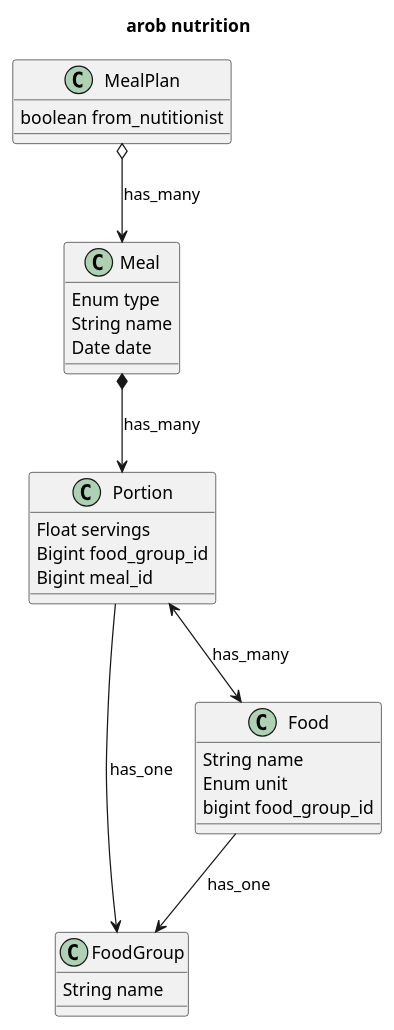
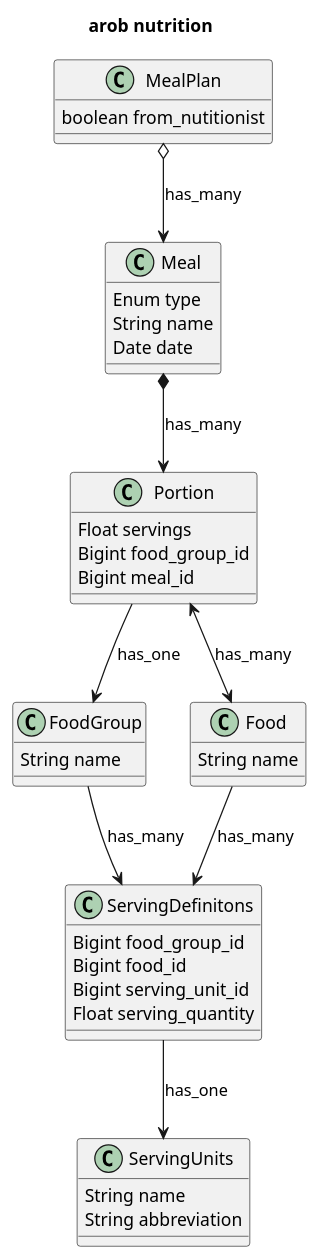
Before and after one commit to AnthonyRobertson17/arob: the diagram in docs/nutrition_models.PLANTUML, drawn with PlantUML.

Commit message:
updating nutrition plantuml diagram

```diff
--- a/docs/nutrition_models.PLANTUML
+++ b/docs/nutrition_models.PLANTUML
@@ -1,39 +1,52 @@
 @startuml arob nutrition
 
 title arob nutrition
 
 
 class MealPlan {
   boolean from_nutitionist
 }
 
 class Meal {
   Enum type
   String name
   Date date
 }
 
 class FoodGroup {
   String name
 }
 
 class Food {
   String name
-  Enum unit
-  bigint food_group_id
 }
 
 class Portion {
   Float servings
   Bigint food_group_id
   Bigint meal_id
 }
 
+class ServingDefinitons {
+  Bigint food_group_id
+  Bigint food_id
+  Bigint serving_unit_id
+  Float serving_quantity
+}
+
+class ServingUnits {
+  String name
+  String abbreviation
+}
+
 
 Meal  *--> Portion : has_many
 Portion --> FoodGroup : has_one
 Portion <--> Food : has_many
-Food --> FoodGroup : has_one
+Food --> ServingDefinitons : has_many
+FoodGroup --> ServingDefinitons : has_many
+ServingDefinitons --> ServingUnits : has_one
+
 MealPlan o--> Meal : has_many
 
 @enduml
```
